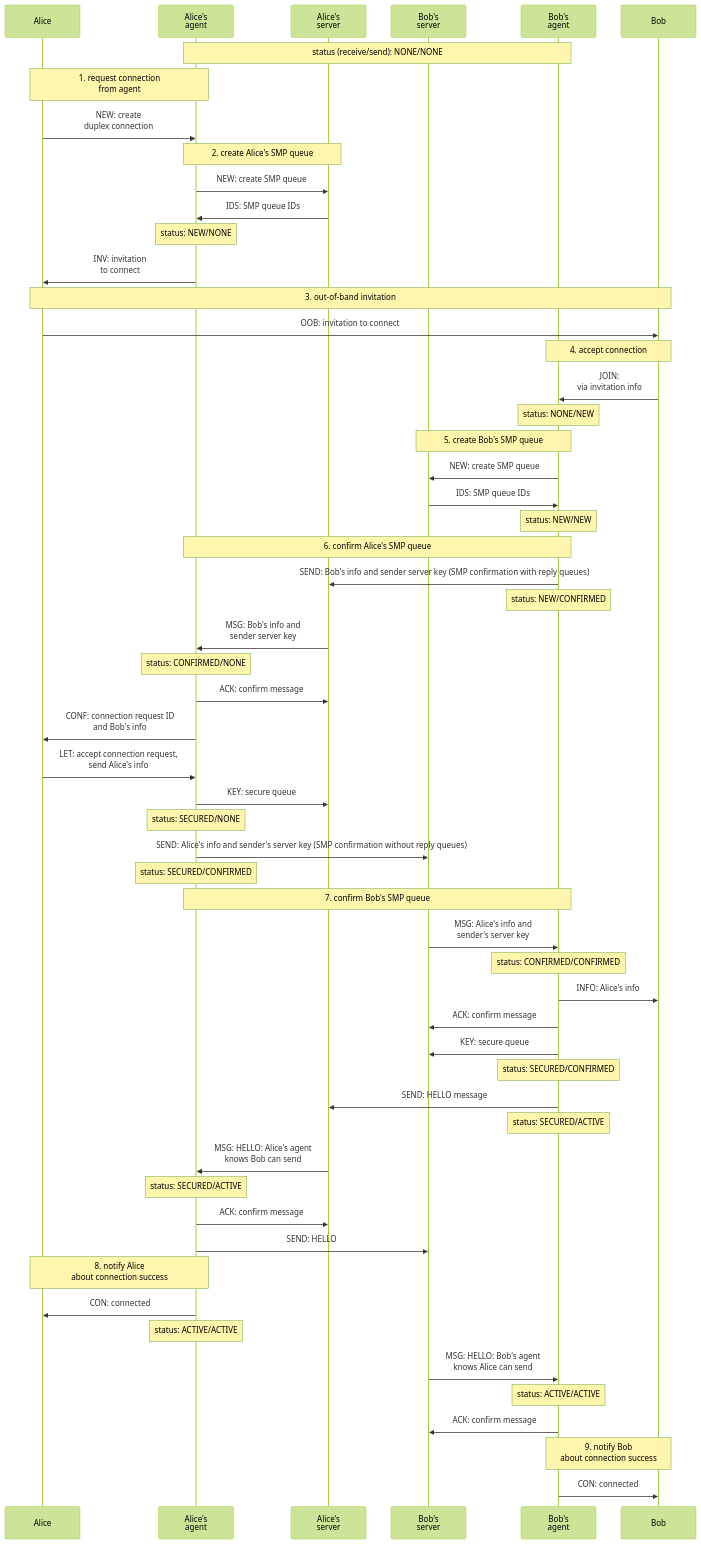
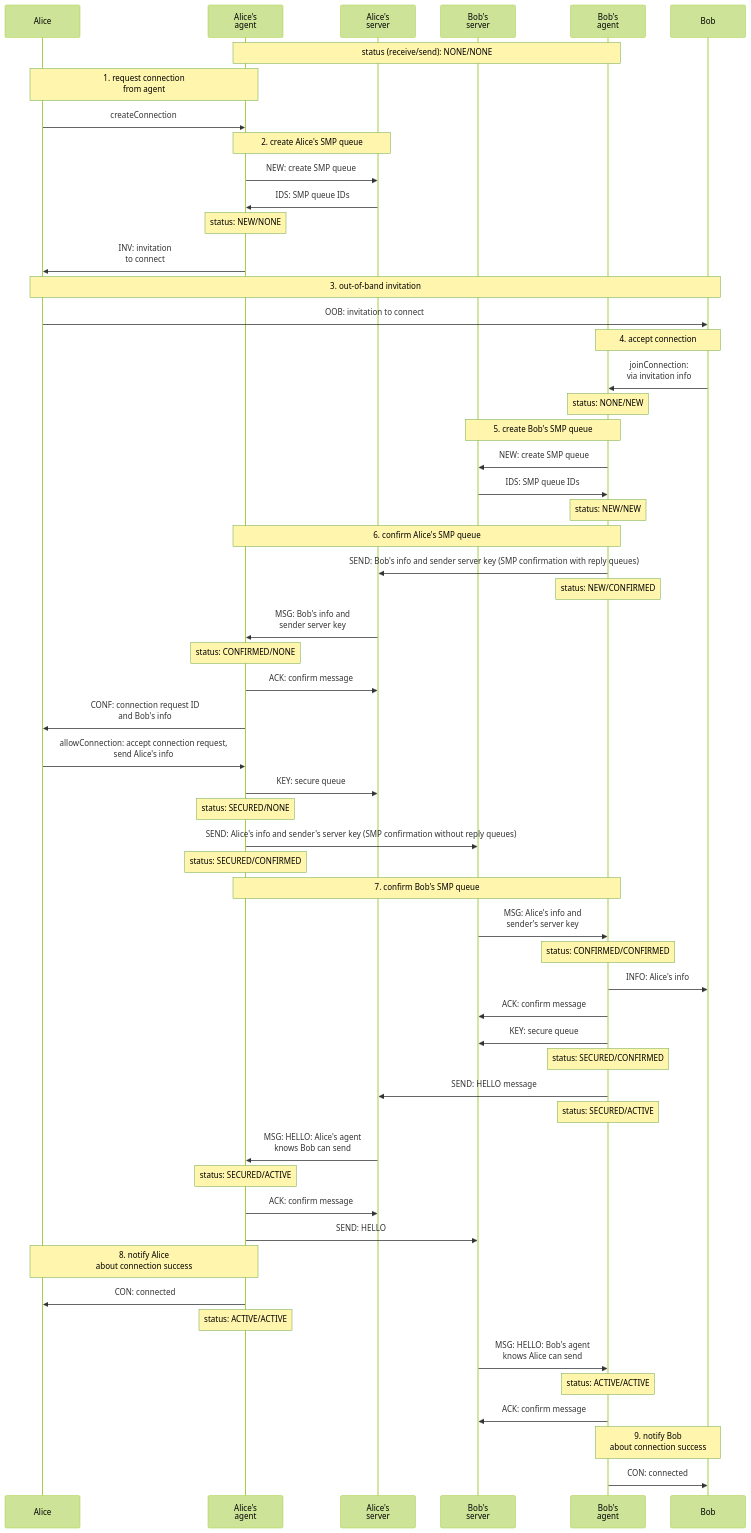
The diagram in protocol/diagrams/duplex-messaging/duplex-creating.mmd (simplex-chat/simplexmq), drawn with Mermaid (forest theme) before and after one commit. The commit also changed 23 other files, not shown here.

```diff
--- a/protocol/diagrams/duplex-messaging/duplex-creating.mmd
+++ b/protocol/diagrams/duplex-messaging/duplex-creating.mmd
@@ -1,74 +1,74 @@
 sequenceDiagram
   participant A as Alice
   participant AA as Alice's<br>agent
   participant AS as Alice's<br>server
   participant BS as Bob's<br>server
   participant BA as Bob's<br>agent
   participant B as Bob
 
   note over AA, BA: status (receive/send): NONE/NONE
 
   note over A, AA: 1. request connection<br>from agent
-  A ->> AA: NEW: create<br>duplex connection
+  A ->> AA: createConnection
  
   note over AA, AS: 2. create Alice's SMP queue
   AA ->> AS: NEW: create SMP queue
   AS ->> AA: IDS: SMP queue IDs
   note over AA: status: NEW/NONE
 
   AA ->> A: INV: invitation<br>to connect
 
   note over A, B: 3. out-of-band invitation
   A ->> B: OOB: invitation to connect
 
   note over BA, B: 4. accept connection
-  B ->> BA: JOIN:<br>via invitation info
+  B ->> BA: joinConnection:<br>via invitation info
   note over BA: status: NONE/NEW
 
   note over BA, BS: 5. create Bob's SMP queue
   BA ->> BS: NEW: create SMP queue
   BS ->> BA: IDS: SMP queue IDs
   note over BA: status: NEW/NEW
 
   note over BA, AA: 6. confirm Alice's SMP queue
   BA ->> AS: SEND: Bob's info and sender server key (SMP confirmation with reply queues)
   note over BA: status: NEW/CONFIRMED
 
   AS ->> AA: MSG: Bob's info and<br>sender server key
   note over AA: status: CONFIRMED/NONE
   AA ->> AS: ACK: confirm message
   AA ->> A: CONF: connection request ID<br>and Bob's info
-  A ->> AA: LET: accept connection request,<br>send Alice's info
+  A ->> AA: allowConnection: accept connection request,<br>send Alice's info
   AA ->> AS: KEY: secure queue
   note over AA: status: SECURED/NONE
 
   AA ->> BS: SEND: Alice's info and sender's server key (SMP confirmation without reply queues)
   note over AA: status: SECURED/CONFIRMED
 
   note over BA, AA: 7. confirm Bob's SMP queue
   BS ->> BA: MSG: Alice's info and<br>sender's server key
   note over BA: status: CONFIRMED/CONFIRMED
   BA ->> B: INFO: Alice's info
   BA ->> BS: ACK: confirm message
   BA ->> BS: KEY: secure queue
   note over BA: status: SECURED/CONFIRMED
 
   BA ->> AS: SEND: HELLO message
 
   note over BA: status: SECURED/ACTIVE
 
   AS ->> AA: MSG: HELLO: Alice's agent<br>knows Bob can send
   note over AA: status: SECURED/ACTIVE
   AA ->> AS: ACK: confirm message
   AA ->> BS: SEND: HELLO
 
   note over A, AA: 8. notify Alice<br>about connection success
   AA ->> A: CON: connected
   note over AA: status: ACTIVE/ACTIVE
 
   BS ->> BA: MSG: HELLO: Bob's agent<br>knows Alice can send
   note over BA: status: ACTIVE/ACTIVE
   BA ->> BS: ACK: confirm message
 
   note over BA, B: 9. notify Bob<br>about connection success
   BA ->> B: CON: connected
```
